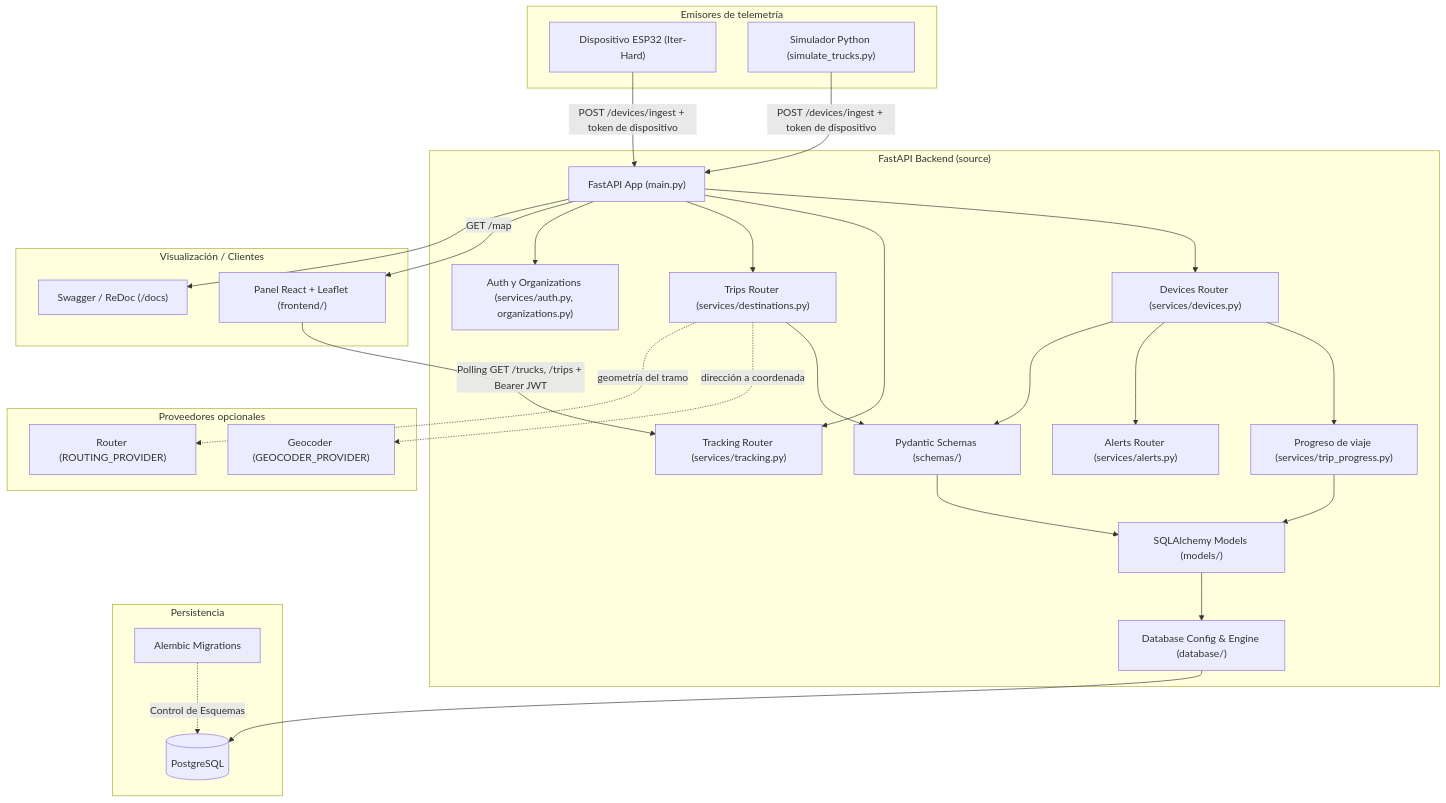
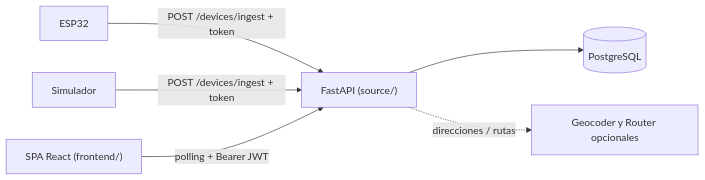
The diagram in README.md (octa-afk/IterTrack), drawn with Mermaid before and after one commit. The commit also changed other lines of this file, not shown here.

````diff
--- a/README.md
+++ b/README.md
@@ -49,56 +38,8 @@
 ```mermaid
-flowchart TD
-    subgraph Emisores["Emisores de telemetría"]
-        HW["Dispositivo ESP32 (Iter-Hard)"]
-        SIM["Simulador Python (simulate_trucks.py)"]
-    end
-
-    subgraph Backend["FastAPI Backend (source)"]
-        API["FastAPI App (main.py)"]
-        Ingest["Devices Router (services/devices.py)"]
-        Track["Tracking Router (services/tracking.py)"]
-        Trips["Trips Router (services/destinations.py)"]
-        Alerts["Alerts Router (services/alerts.py)"]
-        Auth["Auth y Organizations (services/auth.py, organizations.py)"]
-        Progress["Progreso de viaje (services/trip_progress.py)"]
-        Schemas["Pydantic Schemas (schemas/)"]
-        ORM["SQLAlchemy Models (models/)"]
-        DBCfg["Database Config & Engine (database/)"]
-    end
-
-    subgraph Externos["Proveedores opcionales"]
-        GEO["Geocoder (GEOCODER_PROVIDER)"]
-        RT["Router (ROUTING_PROVIDER)"]
-    end
-
-    subgraph Storage["Persistencia"]
-        PG[("PostgreSQL")]
-        AL["Alembic Migrations"]
-    end
-
-    subgraph Clientes["Visualización / Clientes"]
-        MAP["Panel React + Leaflet (frontend/)"]
-        DOCS["Swagger / ReDoc (/docs)"]
-    end
-
-    HW -->|"POST /devices/ingest + token de dispositivo"| API
-    SIM -->|"POST /devices/ingest + token de dispositivo"| API
-    API --> Ingest
-    API --> Track
-    API --> Trips
-    API --> Auth
-    Ingest --> Progress
-    Ingest --> Alerts
-    Ingest --> Schemas
-    Trips --> Schemas
-    Progress --> ORM
-    Schemas --> ORM
-    ORM --> DBCfg
-    DBCfg --> PG
-    AL -.->|"Control de Esquemas"| PG
-    Trips -.->|"dirección a coordenada"| GEO
-    Trips -.->|"geometría del tramo"| RT
-    API -->|"GET /map"| MAP
-    MAP -->|"Polling GET /trucks, /trips + Bearer JWT"| Track
-    API --> DOCS
+flowchart LR
+    HW["ESP32"] -->|"POST /devices/ingest + token"| API
+    SIM["Simulador"] -->|"POST /devices/ingest + token"| API
+    API["FastAPI (source/)"] --> PG[("PostgreSQL")]
+    API -.->|"direcciones / rutas"| EXT["Geocoder y Router opcionales"]
+    UI["SPA React (frontend/)"] -->|"polling + Bearer JWT"| API
 ```
````
